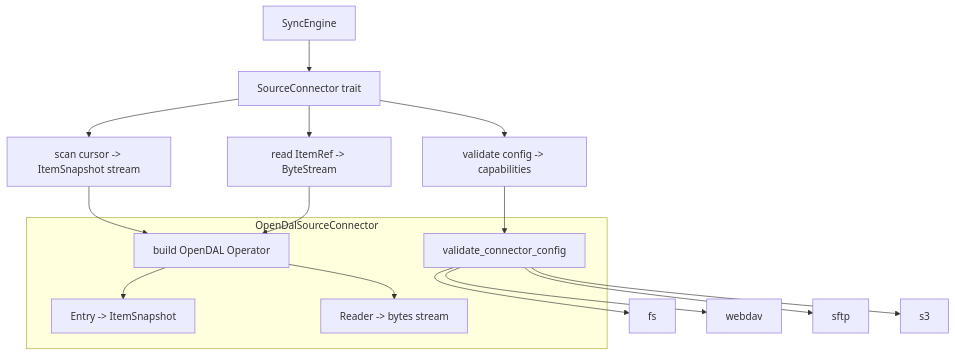
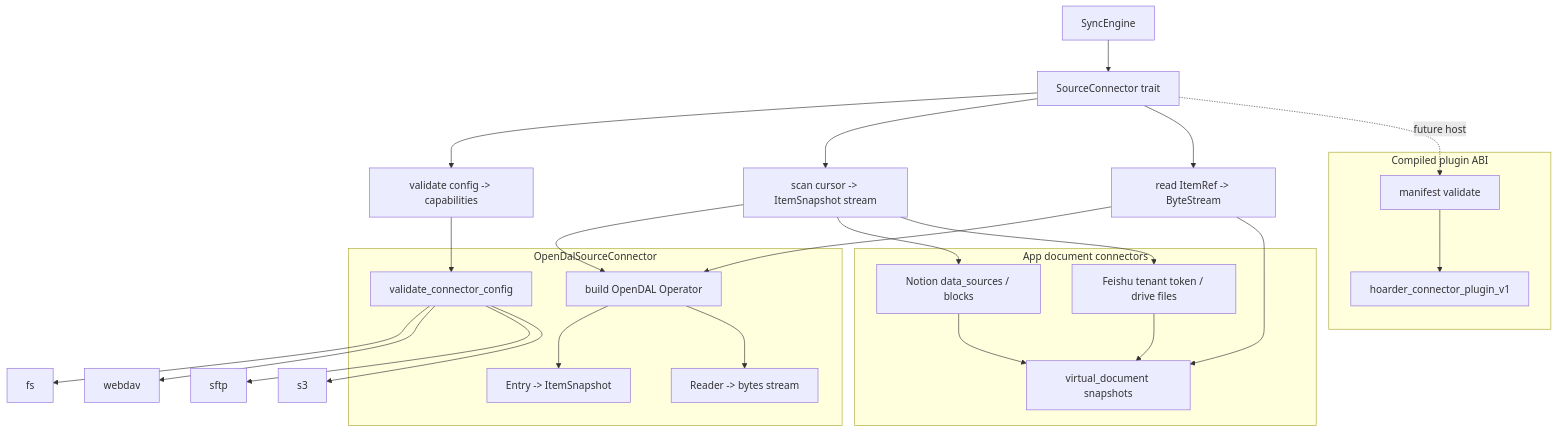
The third of 6 diagrams in docs/architecture.md (Ns2Kracy/hoarder), drawn with Mermaid before and after one commit. The commit also changed other lines of this file and 27 other files, not shown here.

Commit message:
feat: add app connectors and plugin ABI

````diff
--- a/docs/architecture.md
+++ b/docs/architecture.md
@@ -146,25 +159,43 @@
 ```mermaid
 flowchart TB
     Engine[SyncEngine] --> Contract[SourceConnector trait]
     Contract --> Validate[validate config -> capabilities]
     Contract --> Scan[scan cursor -> ItemSnapshot stream]
     Contract --> Read[read ItemRef -> ByteStream]
 
     subgraph OpenDAL[OpenDalSourceConnector]
         Config[validate_connector_config]
         Operator[build OpenDAL Operator]
         MapEntry[Entry -> ItemSnapshot]
         ByteStream[Reader -> bytes stream]
     end
 
+    subgraph AppConnectors[App document connectors]
+        Notion[Notion data_sources / blocks]
+        Feishu[Feishu tenant token / drive files]
+        VirtualDoc[virtual_document snapshots]
+    end
+
+    subgraph PluginBoundary[Compiled plugin ABI]
+        Manifest[manifest validate]
+        Entrypoint[hoarder_connector_plugin_v1]
+    end
+
     Validate --> Config
     Scan --> Operator
     Operator --> MapEntry
     Read --> Operator
     Operator --> ByteStream
 
     Config --> FS[fs]
     Config --> WebDAV[webdav]
     Config --> SFTP[sftp]
     Config --> S3[s3]
+    Scan --> Notion
+    Scan --> Feishu
+    Notion --> VirtualDoc
+    Feishu --> VirtualDoc
+    Read --> VirtualDoc
+    Contract -. future host .-> Manifest
+    Manifest --> Entrypoint
 ```
````
